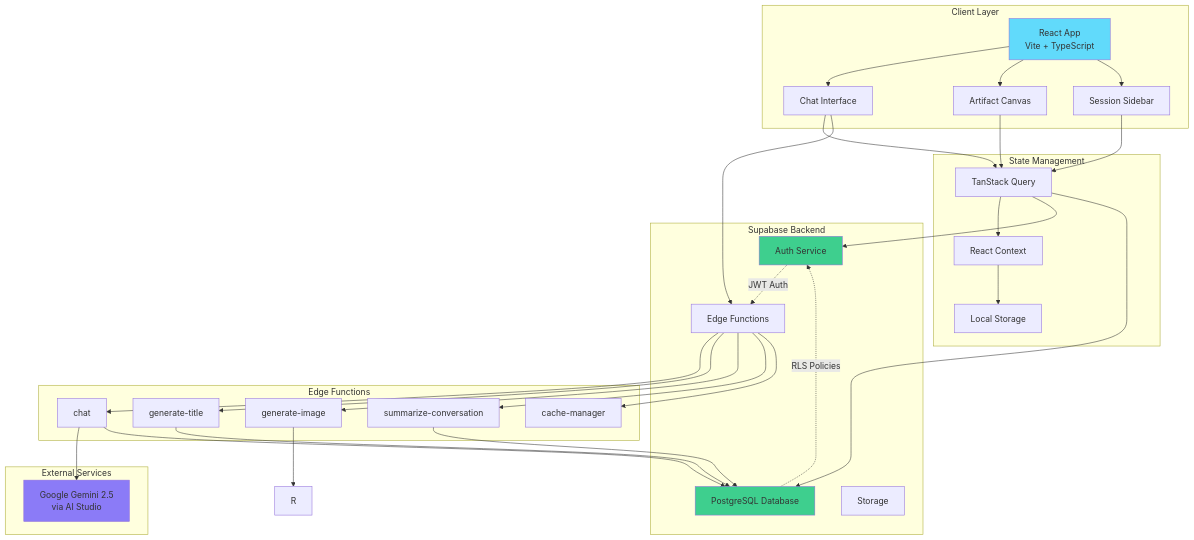
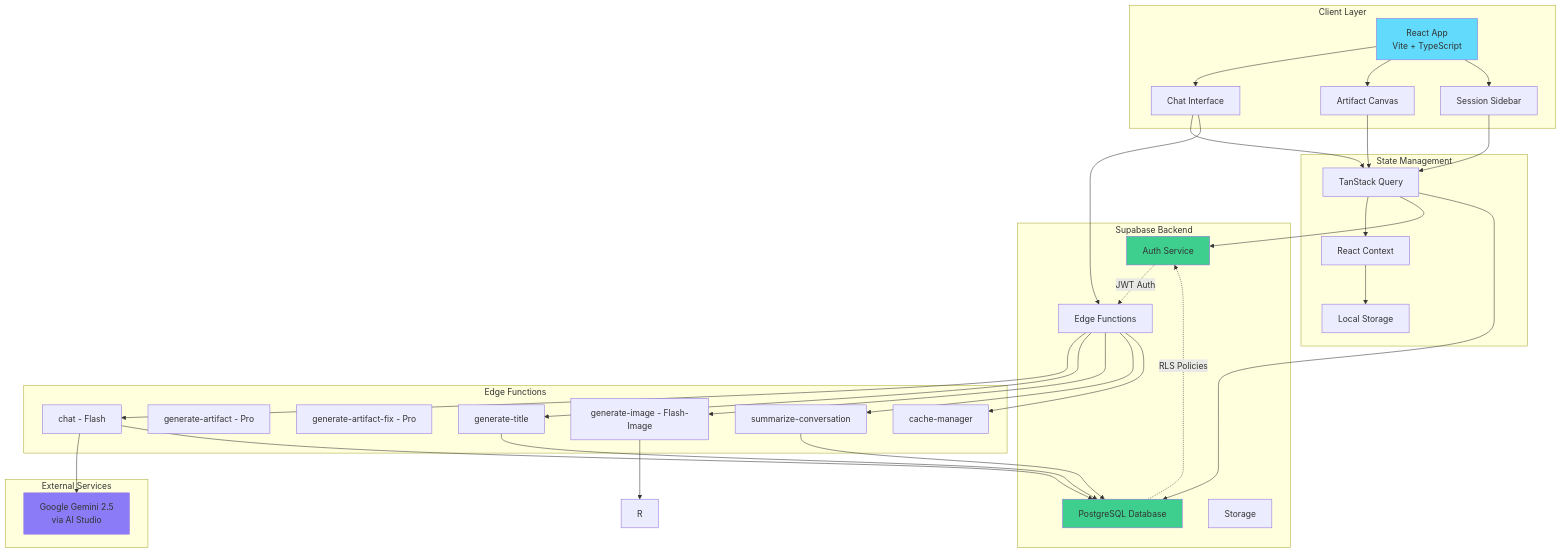
Before and after one commit to NickB03/vana: the first of 5 diagrams in README.md, drawn with Mermaid. The commit also changed other lines of this file and 12 other files, not shown here.

````diff
--- a/README.md
+++ b/README.md
@@ -197,67 +197,69 @@
 ```mermaid
 graph TB
     subgraph "Client Layer"
         A[React App<br/>Vite + TypeScript]
         B[Chat Interface]
         C[Artifact Canvas]
         D[Session Sidebar]
     end
 
     subgraph "State Management"
         E[TanStack Query]
         F[React Context]
         G[Local Storage]
     end
 
     subgraph "Supabase Backend"
         H[PostgreSQL Database]
         I[Auth Service]
         J[Edge Functions]
         K[Storage]
     end
 
     subgraph "Edge Functions"
-        L[chat]
+        L[chat - Flash]
+        LA[generate-artifact - Pro]
+        LB[generate-artifact-fix - Pro]
         M[generate-title]
-        N[generate-image]
+        N[generate-image - Flash-Image]
         O[summarize-conversation]
         P[cache-manager]
     end
 
     subgraph "External Services"
         Q[Google Gemini 2.5<br/>via AI Studio]
     end
 
     A --> B
     A --> C
     A --> D
     B --> E
     C --> E
     D --> E
     E --> F
     F --> G
 
     E --> I
     E --> H
     B --> J
 
     J --> L
     J --> M
     J --> N
     J --> O
     J --> P
 
     L --> Q
     N --> R
     L --> H
     M --> H
     O --> H
 
     I -.JWT Auth.-> J
     H -.RLS Policies.-> I
 
     style A fill:#61dafb
     style H fill:#3ecf8e
     style Q fill:#8B7BF7
     style I fill:#3ecf8e
 ```
````
